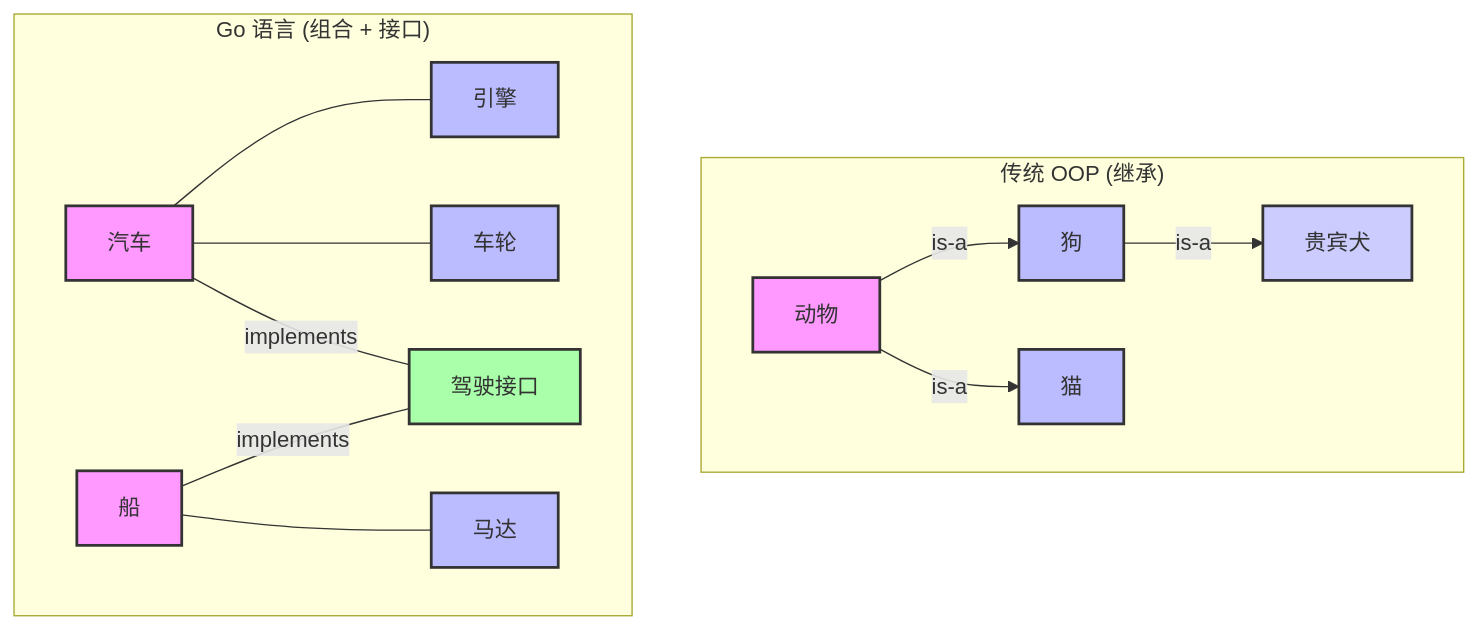
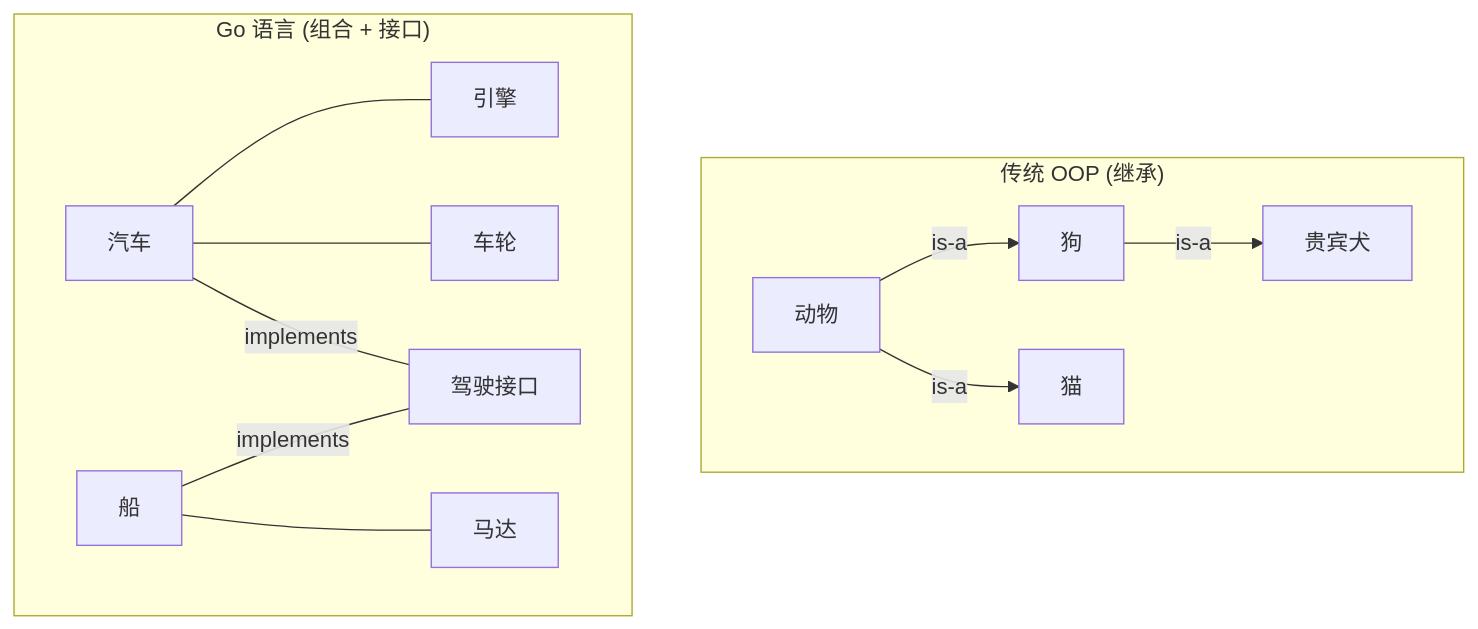
One commit to teatang/t-blog changed the diagram in source/_posts/2024/2024-08-22_Go 语言中的组合 (Composition) 对比继承 (Inheritance).md. Above: the diagram before and after it, drawn with Mermaid. The commit also changed 24 other files, not shown here.

```diff
--- a/source/_posts/2024/2024-08-22_Go 语言中的组合 (Composition) 对比继承 (Inheritance).md
+++ b/source/_posts/2024/2024-08-22_Go 语言中的组合 (Composition) 对比继承 (Inheritance).md
@@ -255,26 +255,16 @@
 {% mermaid %}
 graph TD
     subgraph "传统 OOP (继承)"
         A_Animal[动物] -->|is-a| B_Dog[狗]
         A_Animal -->|is-a| C_Cat[猫]
         B_Dog -->|is-a| D_Poodle[贵宾犬]
-        style A_Animal fill:#f9f,stroke:#333,stroke-width:2px
-        style B_Dog fill:#bbf,stroke:#333,stroke-width:2px
-        style C_Cat fill:#bbf,stroke:#333,stroke-width:2px
-        style D_Poodle fill:#ccf,stroke:#333,stroke-width:2px
     end
 
     subgraph "Go 语言 (组合 + 接口)"
         E_Car[汽车] --- F_Engine[引擎]
         E_Car --- G_Wheel[车轮]
         E_Car ---|implements| H_Driver[驾驶接口]
         I_Boat[船] --- J_Motor[马达]
         I_Boat ---|implements| H_Driver[驾驶接口]
-        style E_Car fill:#f9f,stroke:#333,stroke-width:2px
-        style F_Engine fill:#bbf,stroke:#333,stroke-width:2px
-        style G_Wheel fill:#bbf,stroke:#333,stroke-width:2px
-        style H_Driver fill:#afa,stroke:#333,stroke-width:2px
-        style I_Boat fill:#f9f,stroke:#333,stroke-width:2px
-        style J_Motor fill:#bbf,stroke:#333,stroke-width:2px
     end
 {% endmermaid %}
```
